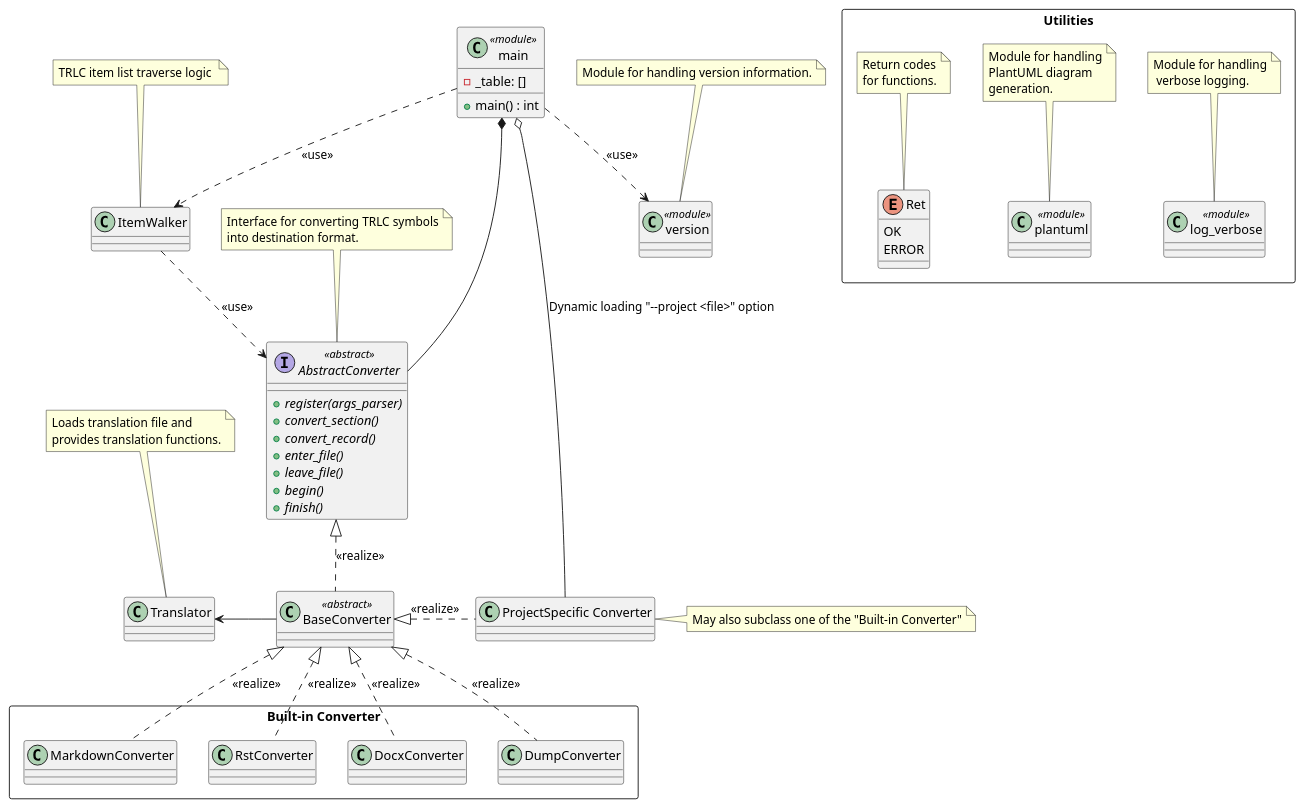
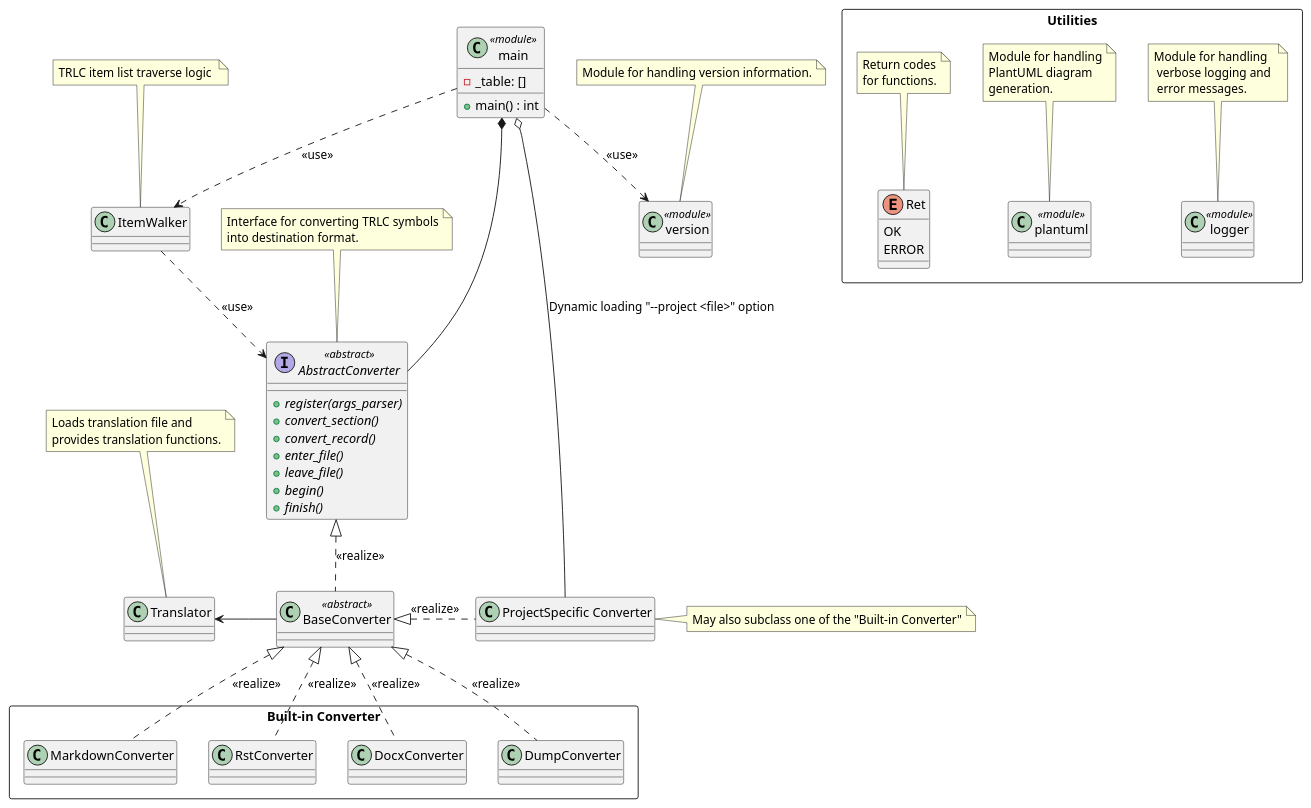
The diagram in doc/architecture/class_diagram.puml (nhjschulz/pyTRLCConverter), drawn with PlantUML before and after one commit.

Commit message:
updated puml for new logger

```diff
--- a/doc/architecture/class_diagram.puml
+++ b/doc/architecture/class_diagram.puml
@@ -1,118 +1,119 @@
 @startuml class_diagram
 
 interface "AbstractConverter" as abstractConverter <<abstract>> {
     + {abstract} register(args_parser)
     + {abstract} convert_section()
     + {abstract} convert_record()
     + {abstract} enter_file()
     + {abstract} leave_file()
     + {abstract} begin()
     + {abstract} finish()
 
 }
 
 note top of abstractConverter
     Interface for converting TRLC symbols
     into destination format.
 end note
 
 class "BaseConverter" as baseConverter <<abstract>> {
 }
 
 rectangle "Built-in Converter" {
 
     class "MarkdownConverter" as markdownConverter {
     }
 
     class "RstConverter" as rstConverter {
 
     }
 
     class "DocxConverter" as docxConverter {
     }
 
     class "DumpConverter" as dumpConverter {
     }
 }
 
 abstractConverter <|.. baseConverter: <<realize>>
 baseConverter <|.. markdownConverter: <<realize>>
 baseConverter <|.. docxConverter: <<realize>>
 baseConverter <|.. dumpConverter: <<realize>>
 baseConverter <|.. rstConverter: <<realize>>
 
 class "version" as version <<module>> {
 }
 
 note top of version
     Module for handling version information.
 end note
 
 rectangle Utilities {
 
-    class "log_verbose" as log_verbose <<module>> {
+    class "logger" as logger <<module>> {
     }
 
-    note top of log_verbose
+    note top of logger
         Module for handling
-         verbose logging.
+         verbose logging and 
+         error messages.
     end note
 
     class "plantuml" as plantuml <<module>> {
     }
 
     note top of plantuml
         Module for handling
         PlantUML diagram
         generation.
     end note
 
     enum Ret {
         OK
         ERROR
     }
 
     note top of Ret
         Return codes
         for functions.
     end note
 }
 
 class "main" as main <<module>> {
     - _table: []
     + main() : int
 }
 
 class "ItemWalker" as itemWalker
 
 note top of itemWalker
     TRLC item list traverse logic 
 end note
 
 
 main ..> itemWalker: <<use>>
 itemWalker ..> abstractConverter: <<use>>
 main *--- abstractConverter
 main ..> version: <<use>>
 
 
 class "ProjectSpecific Converter" as prjSpecConverter {
 }
 
 note right of prjSpecConverter
 May also subclass one of the "Built-in Converter"
 end note
 
 baseConverter <|.r. prjSpecConverter: <<realize>>
 main o- prjSpecConverter : Dynamic loading "--project <file>" option
 
 class "Translator" as translator
 
 note top of translator
     Loads translation file and
     provides translation functions.
 end note
 
 translator <- baseConverter
 
 @enduml
```
